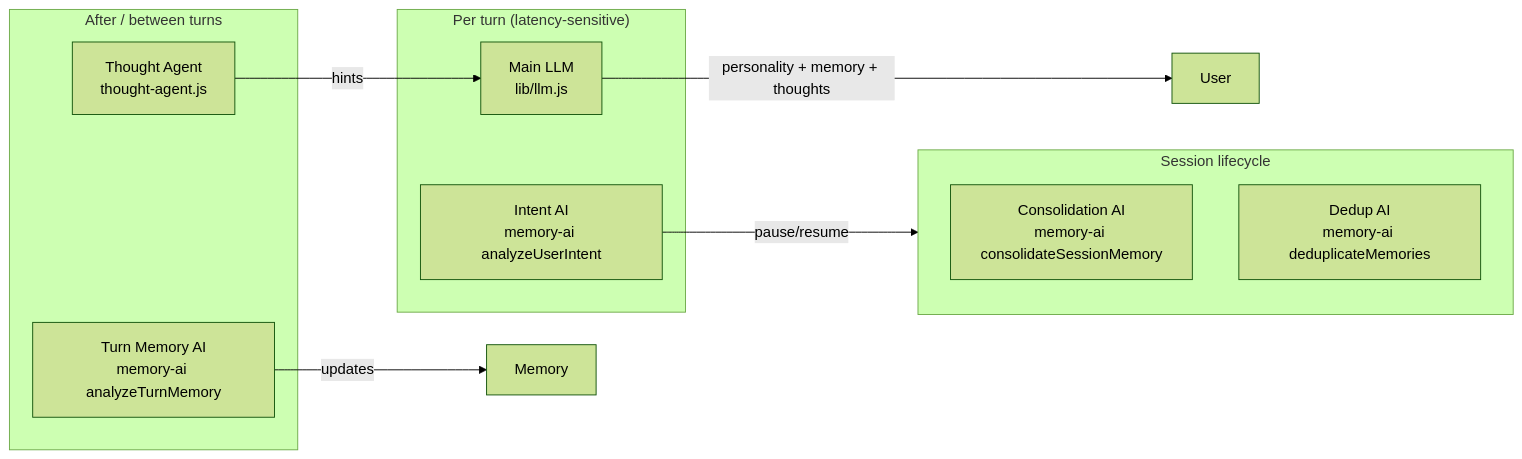
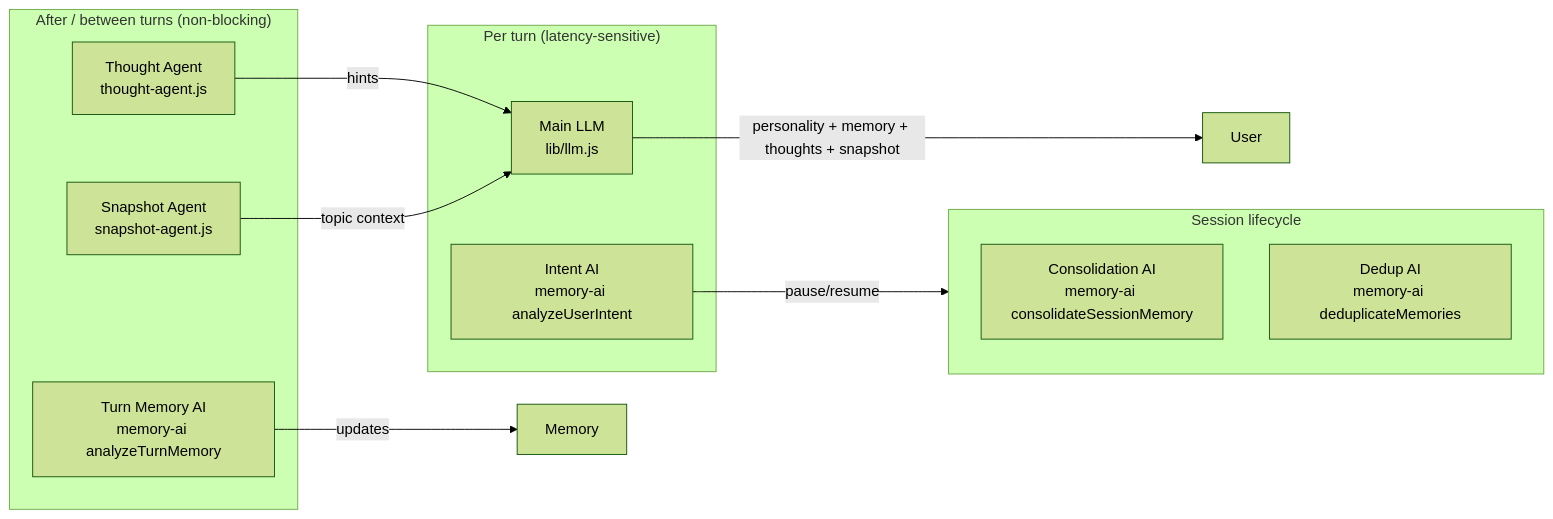
The second of 2 diagrams in Architecture.md (Nttajm/June), drawn with Mermaid (forest theme) before and after one commit. The commit also changed other lines of this file and 15 other files, not shown here.

````diff
--- a/Architecture.md
+++ b/Architecture.md
@@ -301,22 +316,24 @@
 ```mermaid
 flowchart LR
   subgraph Realtime["Per turn (latency-sensitive)"]
     Main[Main LLM<br/>lib/llm.js]
     Intent[Intent AI<br/>memory-ai analyzeUserIntent]
   end
 
-  subgraph Async["After / between turns"]
+  subgraph Async["After / between turns (non-blocking)"]
     TurnMem[Turn Memory AI<br/>memory-ai analyzeTurnMemory]
     Thought[Thought Agent<br/>thought-agent.js]
+    Snapshot[Snapshot Agent<br/>snapshot-agent.js]
   end
 
   subgraph Session["Session lifecycle"]
     Consolidate[Consolidation AI<br/>memory-ai consolidateSessionMemory]
     Dedupe[Dedup AI<br/>memory-ai deduplicateMemories]
   end
 
-  Main -->|"personality + memory + thoughts"| User
+  Main -->|"personality + memory + thoughts + snapshot"| User
   Intent -->|"pause/resume"| Session
   TurnMem -->|"updates"| Memory
   Thought -->|"hints"| Main
+  Snapshot -->|"topic context"| Main
 ```
````
